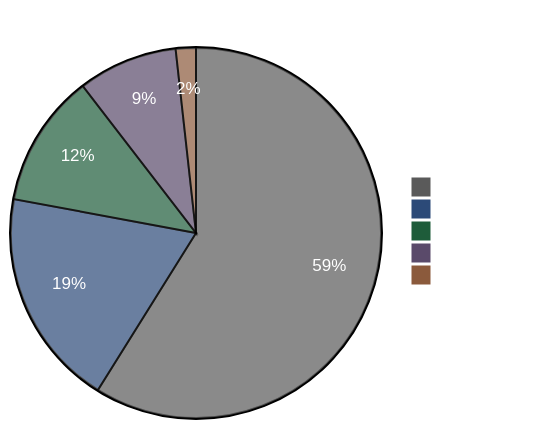
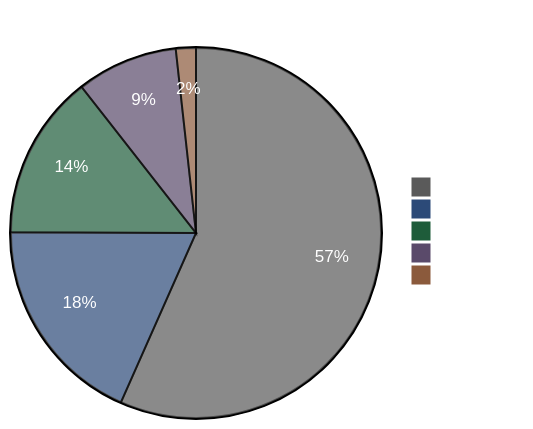
The diagram in README.md (ShawnBIT/reco-arxiv-daily), drawn with Mermaid before and after one commit. The commit also changed other lines of this file and 7 other files, not shown here.

````diff
--- a/README.md
+++ b/README.md
@@ -6,19 +6,19 @@
 ```mermaid
 %%{init: {'theme':'base', 'themeVariables': {
   'pie1':'#5a5a5a',
   'pie2':'#2c4a78',
   'pie3':'#1e5c3a',
   'pie4':'#5a4a6a',
   'pie5':'#8b5a3c',
   'pieTitleTextColor':'#ffffff',
   'pieSectionTextColor':'#ffffff',
   'pieLegendTextColor':'#ffffff'
 }}}%%
 pie showData
 title Paper Distribution by Tag
-  "Other" : 603
-  "LLM" : 195
-  "GR" : 119
-  "Seq" : 89
+  "Other" : 584
+  "LLM" : 190
+  "GR" : 148
+  "Seq" : 91
   "Scaling" : 18
 ```
````
